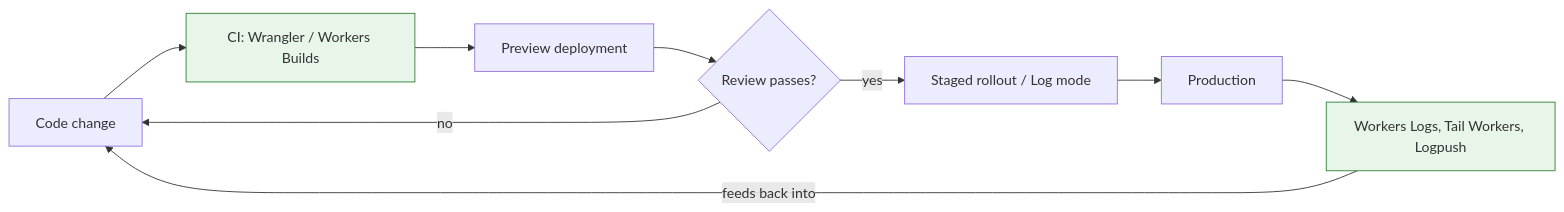
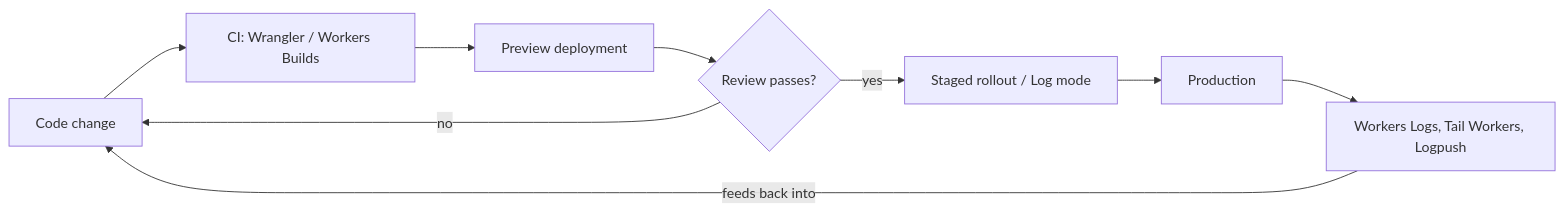
The diagram in docs/pillars/operational-excellence.md (kevinevans1/cloudflare-well-architected), drawn with Mermaid before and after one commit. The commit also changed 5 other files, not shown here.

Commit message:
Remove hardcoded Mermaid node colors causing readability issues; let diagrams use Material's theme-aware rendering

````diff
--- a/docs/pillars/operational-excellence.md
+++ b/docs/pillars/operational-excellence.md
@@ -9,14 +9,12 @@
 ```mermaid
 flowchart LR
     A[Code change] --> B[CI: Wrangler / Workers Builds]
     B --> C[Preview deployment]
     C --> D{Review passes?}
     D -->|no| A
     D -->|yes| E[Staged rollout / Log mode]
     E --> F[Production]
     F --> G[Workers Logs, Tail Workers, Logpush]
     G -->|feeds back into| A
 
-    style B fill:#e8f5e9,stroke:#2e7d32,stroke-width:1px
-    style G fill:#e8f5e9,stroke:#2e7d32,stroke-width:1px
 ```
````
